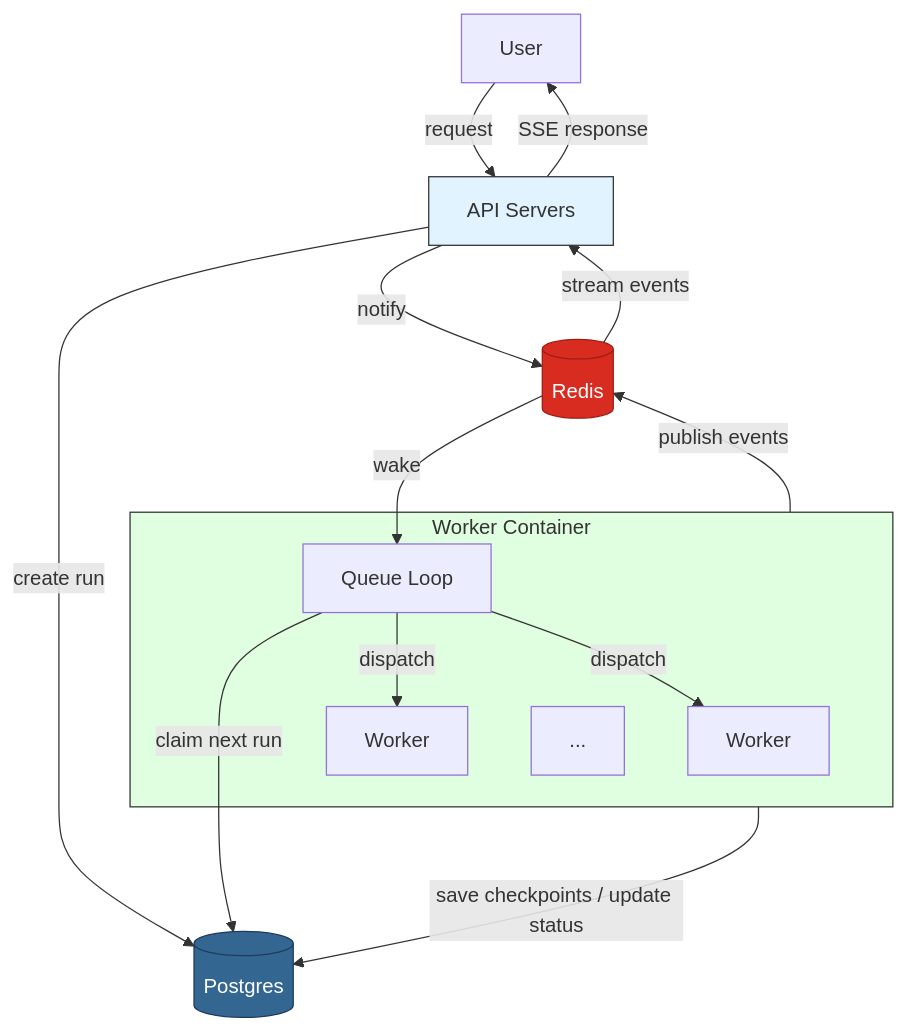
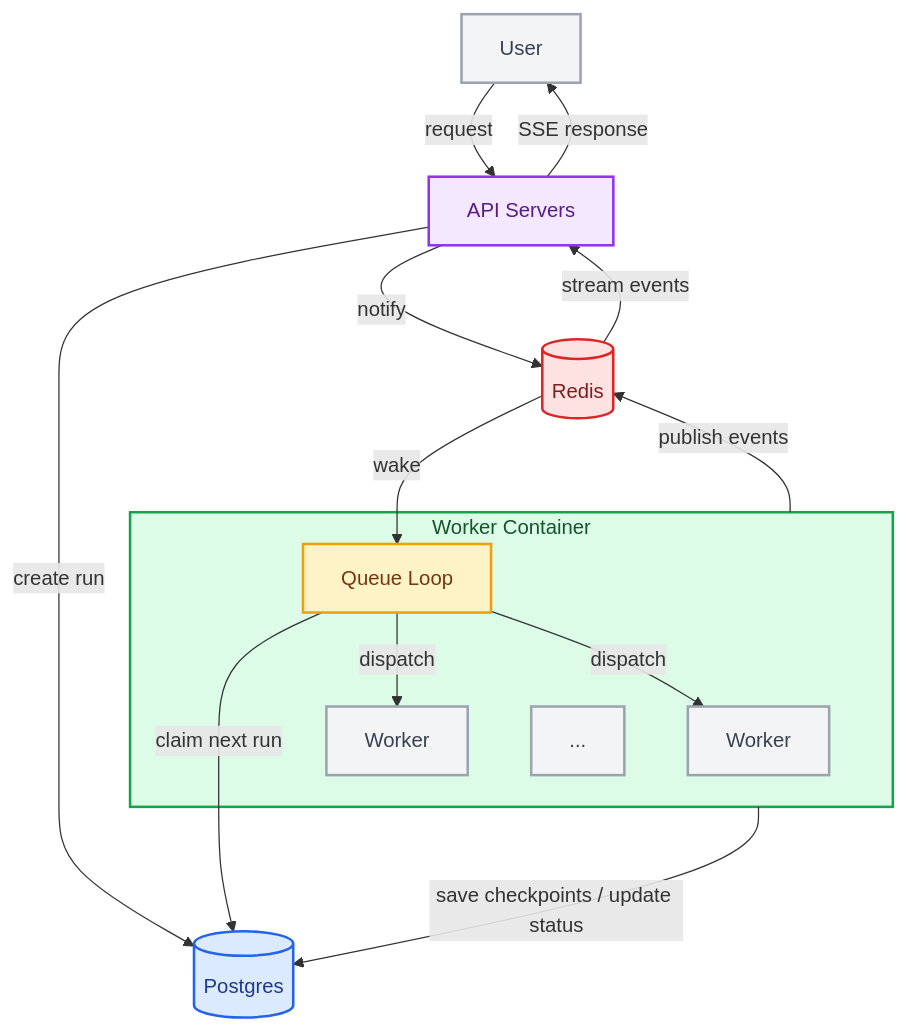
One commit to langchain-ai/docs changed the diagram in src/langsmith/agent-server.mdx. Above: the diagram before and after it, drawn with Mermaid. The commit also changed 22 other files, not shown here.

Commit message:
fix mermaids in dark mode

````diff
--- a/src/langsmith/agent-server.mdx
+++ b/src/langsmith/agent-server.mdx
@@ -75,36 +75,41 @@
 ```mermaid
 flowchart TB
     User["User"]
 
     API["API Servers"]
 
     subgraph WorkerContainer["Worker Container"]
         QueueLoop["Queue Loop"]
         W1["Worker"]
         W2["Worker"]
         Wn["..."]
         QueueLoop -->|dispatch| W1
         QueueLoop -->|dispatch| W2
     end
 
     DB[(Postgres)]
     Redis[(Redis)]
 
     User -->|request| API
     API -->|create run| DB
     API -->|notify| Redis
 
     Redis -->|wake| QueueLoop
     QueueLoop -->|claim next run| DB
 
     WorkerContainer -->|save checkpoints / update status| DB
     WorkerContainer -->|publish events| Redis
 
     Redis -->|stream events| API
     API -->|SSE response| User
 
-    style DB fill:#336791,stroke:#1e3a5f,color:#fff
-    style Redis fill:#D82C20,stroke:#a11b14,color:#fff
-    style API fill:#E0F3FF,stroke:#333,stroke-width:1px
-    style WorkerContainer fill:#E0FFE0,stroke:#333,stroke-width:1px
+    style User fill:#F3F4F6,stroke:#9CA3AF,stroke-width:2px,color:#374151
+    style API fill:#F3E8FF,stroke:#9333EA,stroke-width:2px,color:#581C87
+    style DB fill:#DBEAFE,stroke:#2563EB,stroke-width:2px,color:#1E3A8A
+    style Redis fill:#FEE2E2,stroke:#DC2626,stroke-width:2px,color:#7F1D1D
+    style WorkerContainer fill:#DCFCE7,stroke:#16A34A,stroke-width:2px,color:#14532D
+    style QueueLoop fill:#FEF3C7,stroke:#F59E0B,stroke-width:2px,color:#78350F
+    style W1 fill:#F3F4F6,stroke:#9CA3AF,stroke-width:2px,color:#374151
+    style W2 fill:#F3F4F6,stroke:#9CA3AF,stroke-width:2px,color:#374151
+    style Wn fill:#F3F4F6,stroke:#9CA3AF,stroke-width:2px,color:#374151
 ```
````
